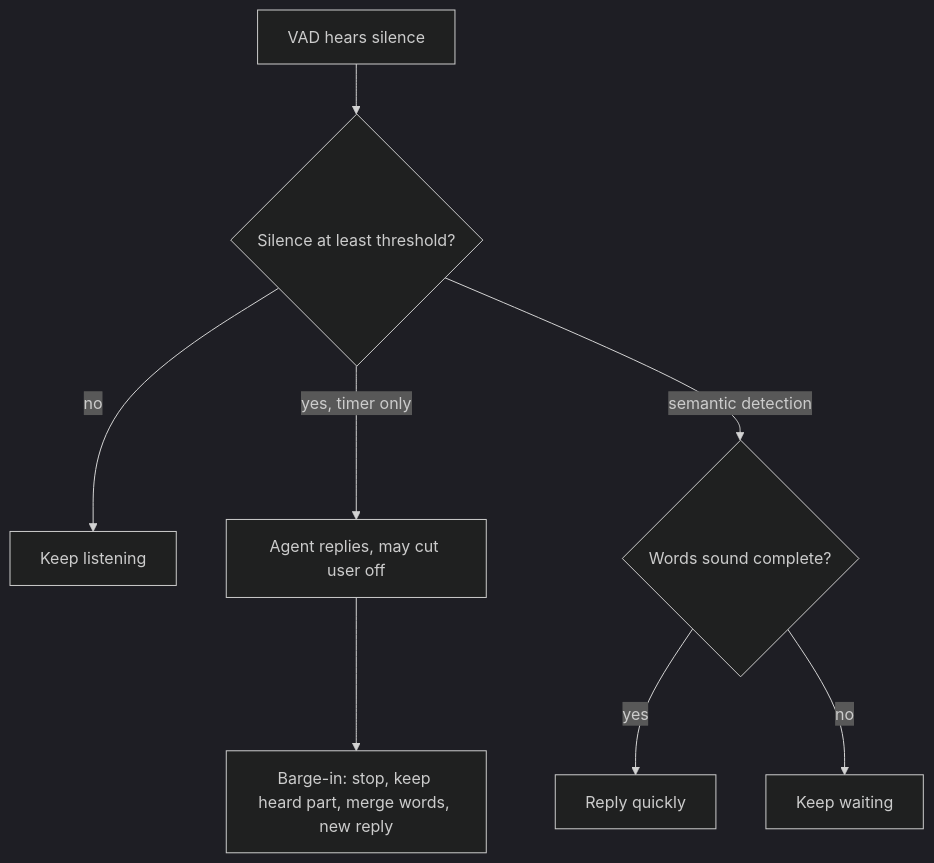
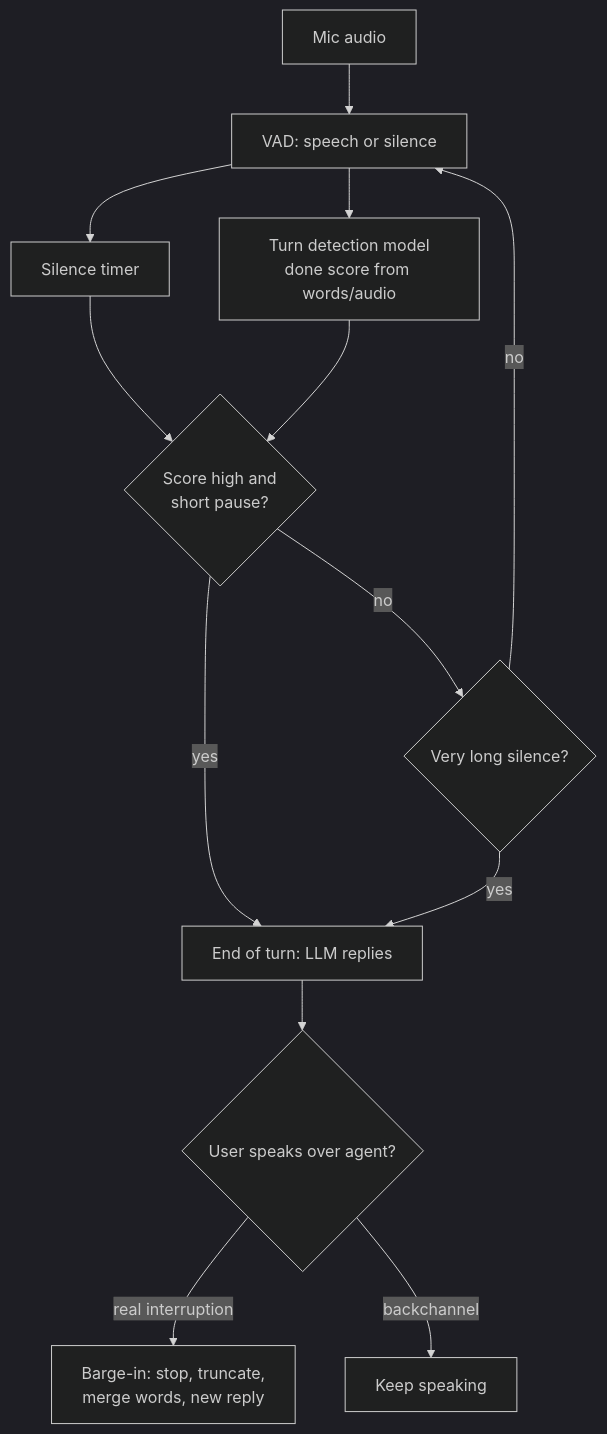
Before and after one commit to kaisarnajar/outcome-school-blogs: the diagram in notes/step-16-ai-infrastructure-deployment-and-system-design/196-voice-agents-cutting-users-off.md, drawn with Mermaid (dark theme). The commit also changed other lines of this file and 233 other files, not shown here.

````diff
--- a/notes/step-16-ai-infrastructure-deployment-and-system-design/196-voice-agents-cutting-users-off.md
+++ b/notes/step-16-ai-infrastructure-deployment-and-system-design/196-voice-agents-cutting-users-off.md
@@ -39,10 +54,15 @@
 ```mermaid
 flowchart TD
-    A["VAD hears silence"] --> B{"Silence at least threshold?"}
-    B -->|"no"| C["Keep listening"]
-    B -->|"yes, timer only"| D["Agent replies, may cut user off"]
-    B -->|"semantic detection"| E{"Words sound complete?"}
-    E -->|"yes"| F["Reply quickly"]
-    E -->|"no"| G["Keep waiting"]
-    D --> H["Barge-in: stop, keep heard part, merge words, new reply"]
+A1["Mic audio"] --> B1["VAD: speech or silence"]
+B1 --> C1["Silence timer"]
+B1 --> D1["Turn detection model<br/>done score from words/audio"]
+C1 --> E1{"Score high and<br/>short pause?"}
+D1 --> E1
+E1 -->|"yes"| F1["End of turn: LLM replies"]
+E1 -->|"no"| G1{"Very long silence?"}
+G1 -->|"yes"| F1
+G1 -->|"no"| B1
+F1 --> H1{"User speaks over agent?"}
+H1 -->|"real interruption"| I1["Barge-in: stop, truncate,<br/>merge words, new reply"]
+H1 -->|"backchannel"| J1["Keep speaking"]
 ```
````
